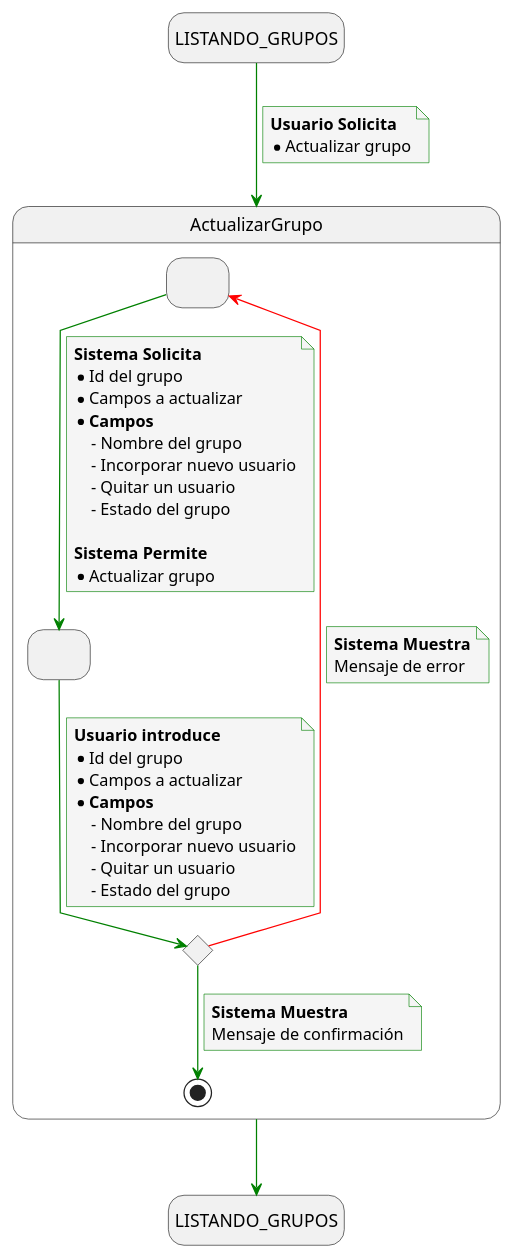
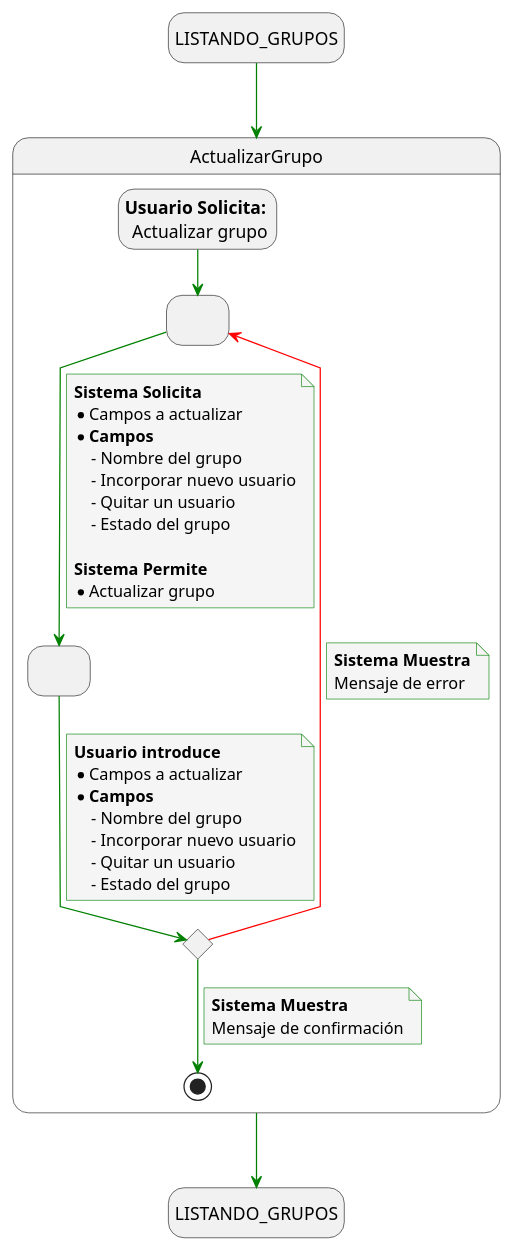
The diagram in docs/casosDeUso/detalladoCasosDeUso/detalladoGrupos/detalladoActualizarGrupos.puml (mmasias/24-25-IdSw1-SDR), drawn with PlantUML before and after one commit. The commit also changed 5 other files, not shown here.

```diff
--- a/docs/casosDeUso/detalladoCasosDeUso/detalladoGrupos/detalladoActualizarGrupos.puml
+++ b/docs/casosDeUso/detalladoCasosDeUso/detalladoGrupos/detalladoActualizarGrupos.puml
@@ -1,68 +1,65 @@
 @startuml actualizar_grupo
 
 skinparam {
   NoteBackgroundColor #whiteSmoke
   ArrowColor #green
   NoteBorderColor #green
   linetype polyline
 }
 
 hide empty description
 
 state startState as "LISTANDO_GRUPOS"
 state endState as "LISTANDO_GRUPOS"
 
 startState --> ActualizarGrupo
-note on link
-    <b>Usuario Solicita</b>
-    * Actualizar grupo
-end note
 
 ActualizarGrupo --> endState
 
 state ActualizarGrupo {
     state solicitudFiltros as " "
     state envioFiltros as " "
     state revisionFiltrosEnviados <<choice>>
+    state usuarioSolicita as "<b>Usuario Solicita:</b> \n Actualizar grupo"
 
+    usuarioSolicita --> solicitudFiltros
     solicitudFiltros --> envioFiltros
     note on link
         <b>Sistema Solicita</b>
-        * Id del grupo
         * Campos a actualizar
         * <b>Campos</b>
             - Nombre del grupo
             - Incorporar nuevo usuario
             - Quitar un usuario
             - Estado del grupo
 
         <b>Sistema Permite</b>
         * Actualizar grupo
     end note
 
     envioFiltros --> revisionFiltrosEnviados
     note on link
         <b>Usuario introduce</b>
-        * Id del grupo
         * Campos a actualizar
         * <b>Campos</b>
             - Nombre del grupo
             - Incorporar nuevo usuario
             - Quitar un usuario
             - Estado del grupo
     end note
 
     revisionFiltrosEnviados -[#red]-> solicitudFiltros
+
     note on link
         <b>Sistema Muestra</b>
         Mensaje de error
     end note
 
     revisionFiltrosEnviados --> [*]
     note on link
         <b>Sistema Muestra</b>
         Mensaje de confirmación
     end note
 }
 
 @enduml
```
